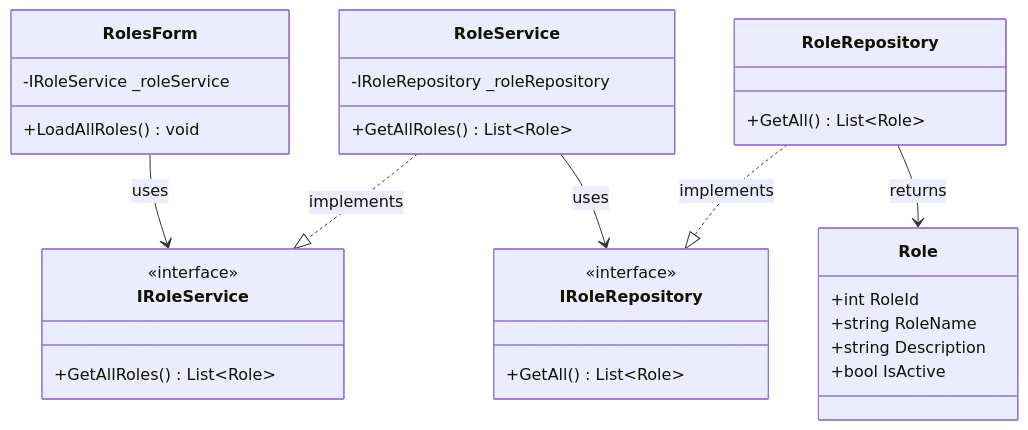
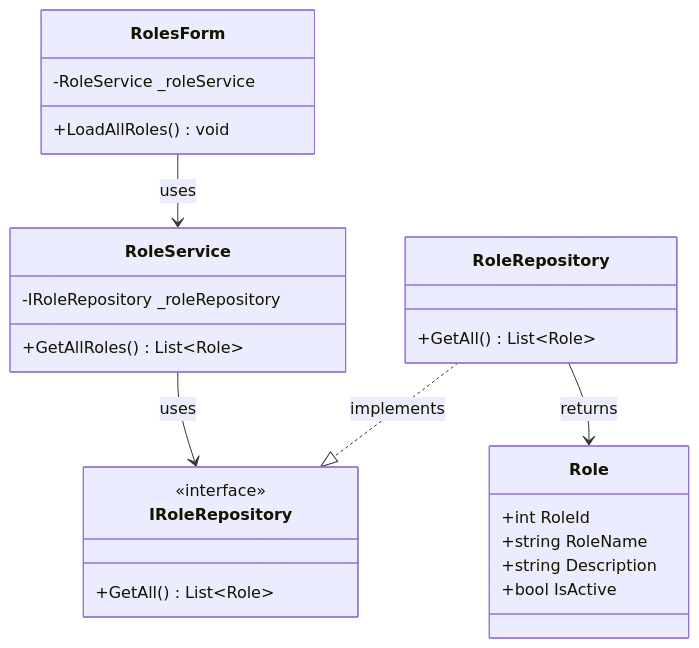
Diagram 11 of 18 in Documentation/UML_Diagrams/20_Roles_UseCases.md (nahuk86/tp_diploma_nk_2026), drawn with Mermaid before and after one commit. The commit also changed other lines of this file and 1 other file, not shown here.

First line of the commit message:
docs: remove non-existent IUserService and IRoleService interface references

````diff
--- a/Documentation/UML_Diagrams/20_Roles_UseCases.md
+++ b/Documentation/UML_Diagrams/20_Roles_UseCases.md
@@ -428,39 +394,33 @@
 ```mermaid
 classDiagram
     class RolesForm {
-        -IRoleService _roleService
+        -RoleService _roleService
         +LoadAllRoles() void
-    }
-
-    class IRoleService {
-        <<interface>>
-        +GetAllRoles() List~Role~
     }
 
     class RoleService {
         -IRoleRepository _roleRepository
         +GetAllRoles() List~Role~
     }
 
     class IRoleRepository {
         <<interface>>
         +GetAll() List~Role~
     }
 
     class RoleRepository {
         +GetAll() List~Role~
     }
 
     class Role {
         +int RoleId
         +string RoleName
         +string Description
         +bool IsActive
     }
 
-    RolesForm --> IRoleService : uses
-    RoleService ..|> IRoleService : implements
+    RolesForm --> RoleService : uses
     RoleService --> IRoleRepository : uses
     RoleRepository ..|> IRoleRepository : implements
     RoleRepository --> Role : returns
 ```
````
